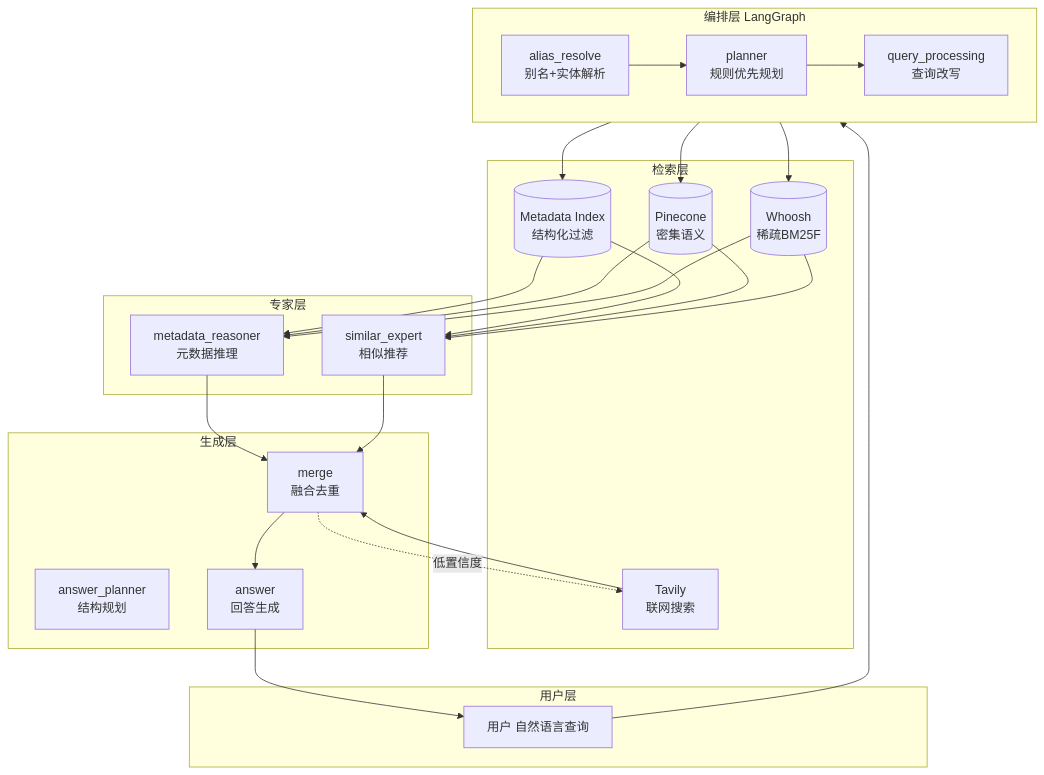
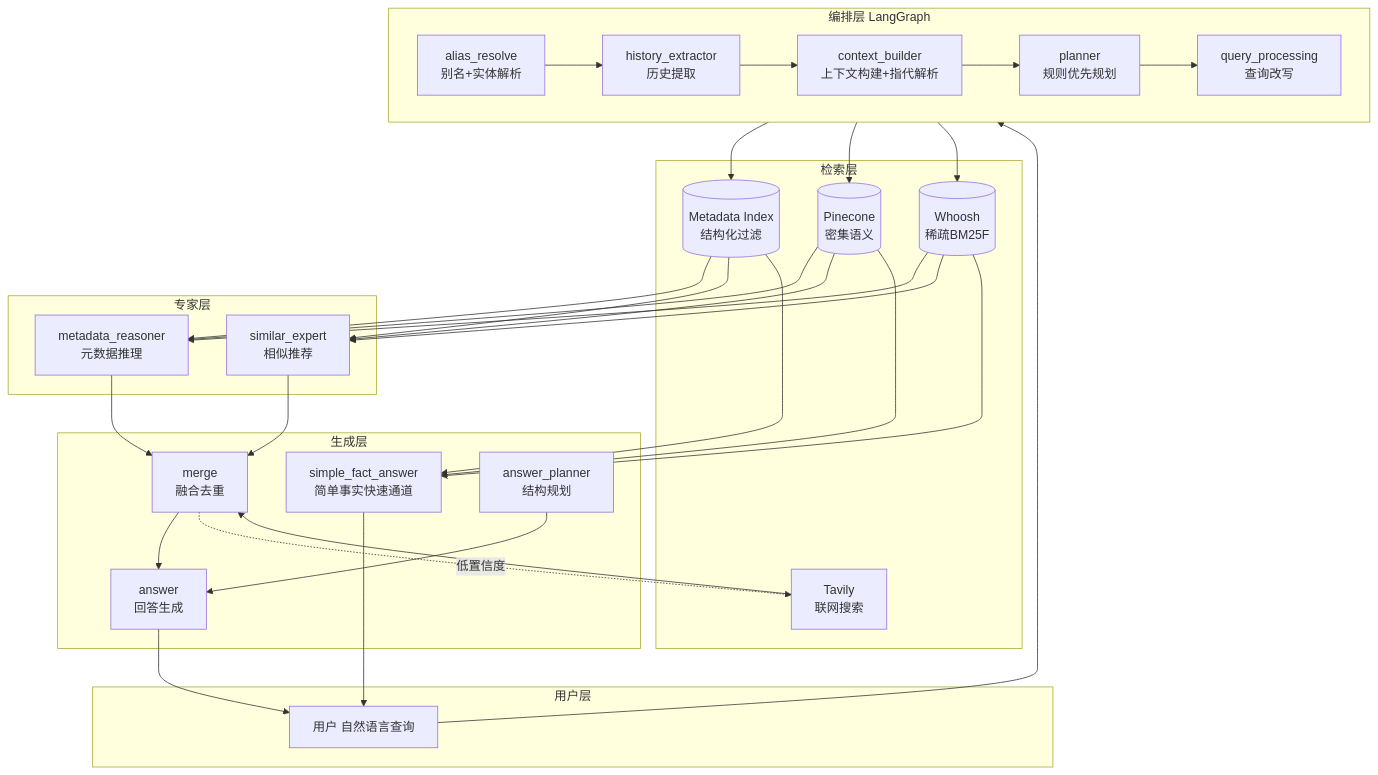
Before and after one commit to AKArrok/AniGraph: the first of 5 diagrams in .trae/documents/project-summary.md, drawn with Mermaid. The commit also changed other lines of this file and 34 other files, not shown here.

````diff
--- a/.trae/documents/project-summary.md
+++ b/.trae/documents/project-summary.md
@@ -76,38 +78,43 @@
 ```mermaid
 graph TB
     subgraph 用户层
         U[用户 自然语言查询]
     end
 
     subgraph 编排层 LangGraph
         direction LR
         AR[alias_resolve<br/>别名+实体解析]
+        HE[history_extractor<br/>历史提取]
+        CB[context_builder<br/>上下文构建+指代解析]
         PL[planner<br/>规则优先规划]
         QP[query_processing<br/>查询改写]
     end
 
     subgraph 检索层
         MI[(Metadata Index<br/>结构化过滤)]
         PC[(Pinecone<br/>密集语义)]
         WH[(Whoosh<br/>稀疏BM25F)]
         TV[Tavily<br/>联网搜索]
     end
 
     subgraph 专家层
         MR[metadata_reasoner<br/>元数据推理]
         SE[similar_expert<br/>相似推荐]
     end
 
     subgraph 生成层
         MG[merge<br/>融合去重]
+        SF[simple_fact_answer<br/>简单事实快速通道]
         AP[answer_planner<br/>结构规划]
         AN[answer<br/>回答生成]
     end
 
-    U --> AR --> PL --> QP
+    U --> AR --> HE --> CB --> PL --> QP
     QP --> MI & PC & WH
-    MI & PC & WH --> MR & SE
+    MI & PC & WH --> MR & SE & SF
     MR & SE --> MG --> AN
+    SF --> U
     MG -.->|低置信度| TV --> MG
+    AP --> AN
     AN --> U
 ```
````
